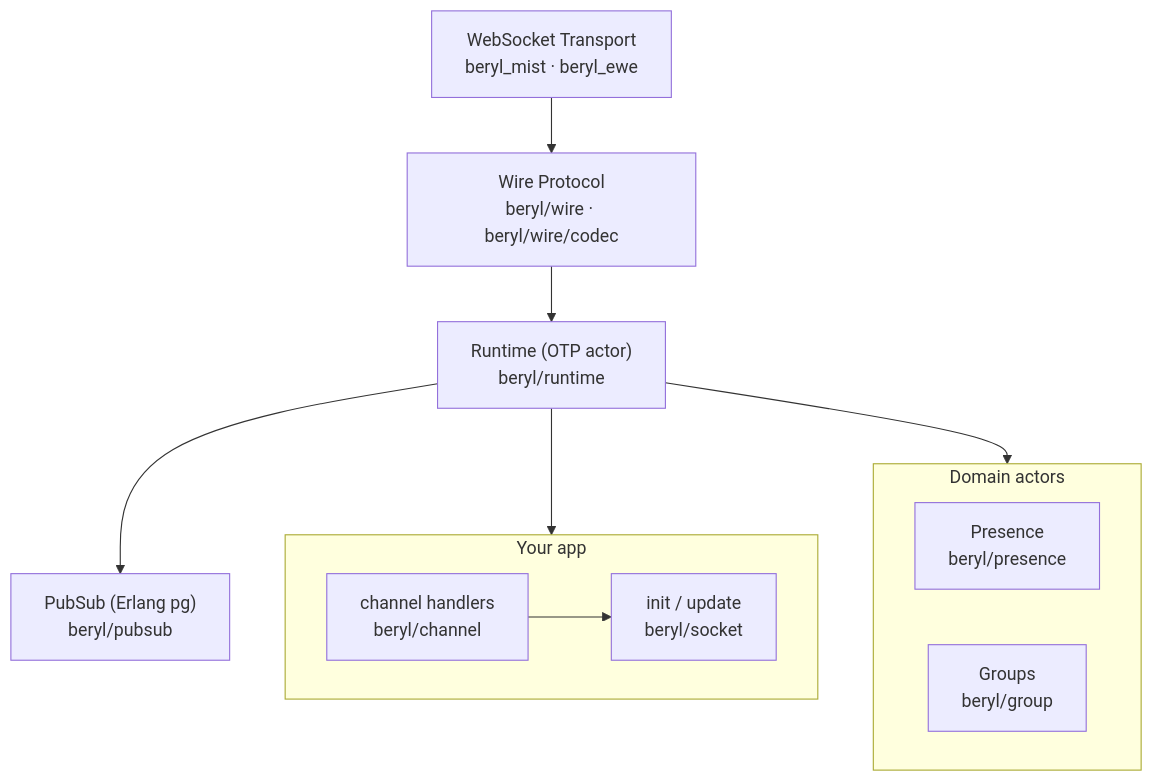
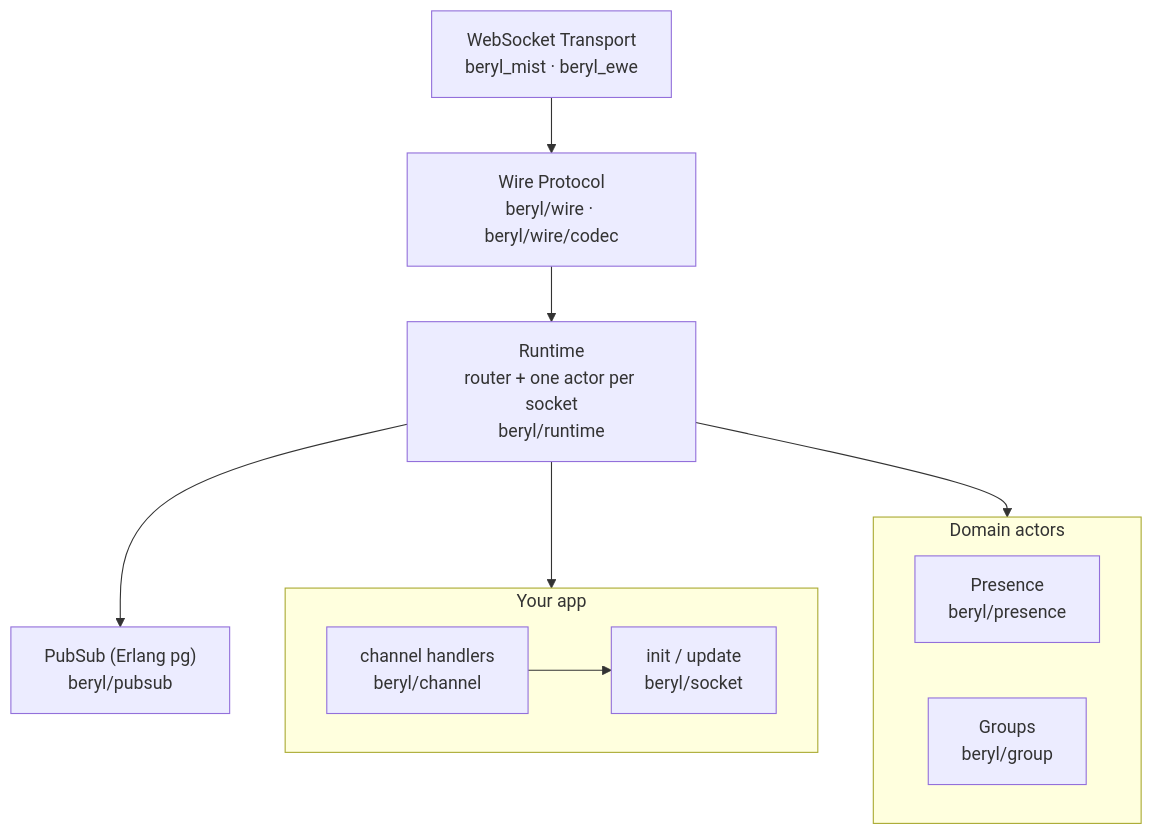
The first of 2 diagrams in website/src/content/docs/architecture/overview.md (tylerbutler/beryl), drawn with Mermaid before and after one commit. The commit also changed other lines of this file and 13 other files, not shown here.

Commit message:
docs: update per-socket actor architecture

````diff
--- a/website/src/content/docs/architecture/overview.md
+++ b/website/src/content/docs/architecture/overview.md
@@ -25,19 +25,19 @@
 ```mermaid
 flowchart TB
   T["WebSocket Transport<br/>beryl_mist · beryl_ewe"]
   W["Wire Protocol<br/>beryl/wire · beryl/wire/codec"]
-  RT["Runtime (OTP actor)<br/>beryl/runtime"]
+  RT["Runtime<br/>router + one actor per socket<br/>beryl/runtime"]
   subgraph App["Your app"]
     C["channel handlers<br/>beryl/channel"]
     U["init / update<br/>beryl/socket"]
     C --> U
   end
   subgraph Domain["Domain actors"]
     P["Presence<br/>beryl/presence"]
     G["Groups<br/>beryl/group"]
   end
   PS["PubSub (Erlang pg)<br/>beryl/pubsub"]
   T --> W --> RT --> App
   RT --> Domain
   RT --> PS
 ```
````
